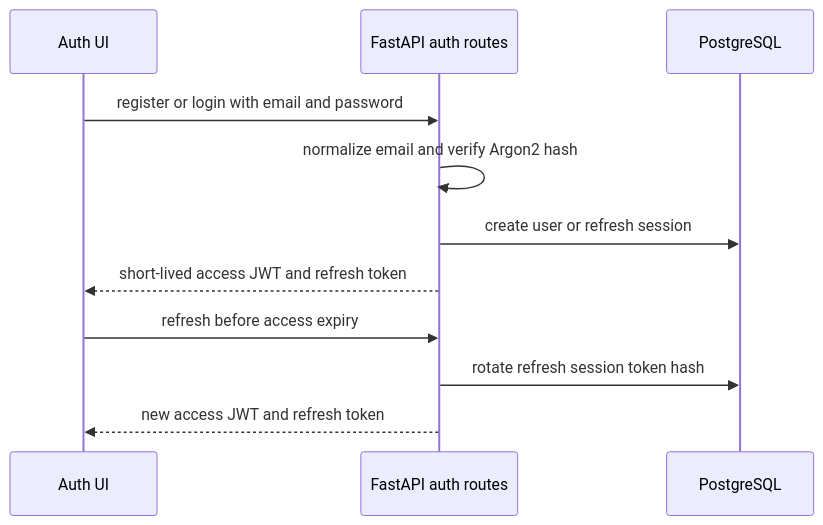
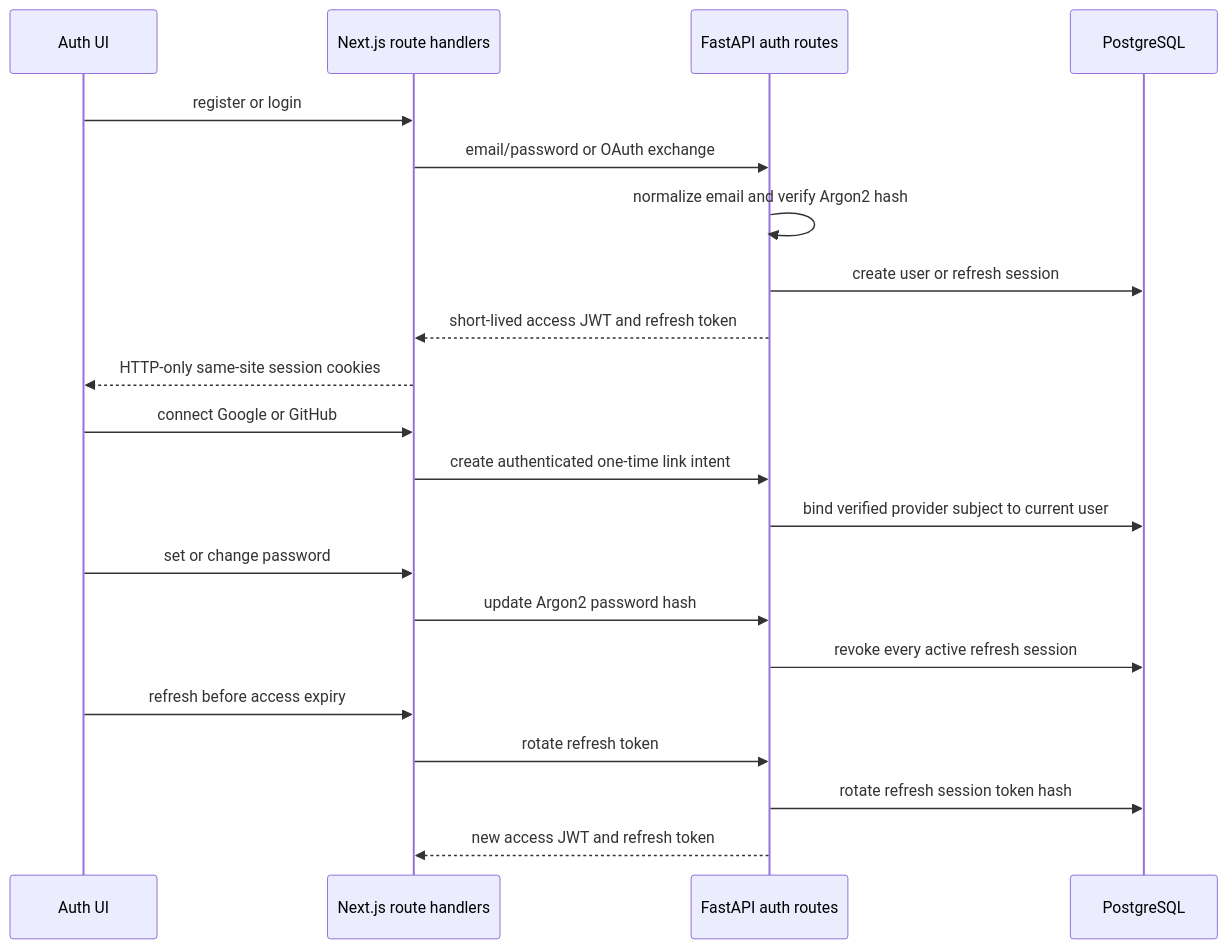
The fourth of 8 diagrams in docs/architecture/SYSTEM_DESIGN.md (morshedalamdev/pfm-app), drawn with Mermaid before and after one commit. The commit also changed other lines of this file and 16 other files, not shown here.

````diff
--- a/docs/architecture/SYSTEM_DESIGN.md
+++ b/docs/architecture/SYSTEM_DESIGN.md
@@ -81,14 +81,24 @@
 ```mermaid
 sequenceDiagram
   participant UI as Auth UI
+  participant BFF as Next.js route handlers
   participant API as FastAPI auth routes
   participant DB as PostgreSQL
 
-  UI->>API: register or login with email and password
+  UI->>BFF: register or login
+  BFF->>API: email/password or OAuth exchange
   API->>API: normalize email and verify Argon2 hash
   API->>DB: create user or refresh session
-  API-->>UI: short-lived access JWT and refresh token
-  UI->>API: refresh before access expiry
+  API-->>BFF: short-lived access JWT and refresh token
+  BFF-->>UI: HTTP-only same-site session cookies
+  UI->>BFF: connect Google or GitHub
+  BFF->>API: create authenticated one-time link intent
+  API->>DB: bind verified provider subject to current user
+  UI->>BFF: set or change password
+  BFF->>API: update Argon2 password hash
+  API->>DB: revoke every active refresh session
+  UI->>BFF: refresh before access expiry
+  BFF->>API: rotate refresh token
   API->>DB: rotate refresh session token hash
-  API-->>UI: new access JWT and refresh token
+  API-->>BFF: new access JWT and refresh token
 ```
````
